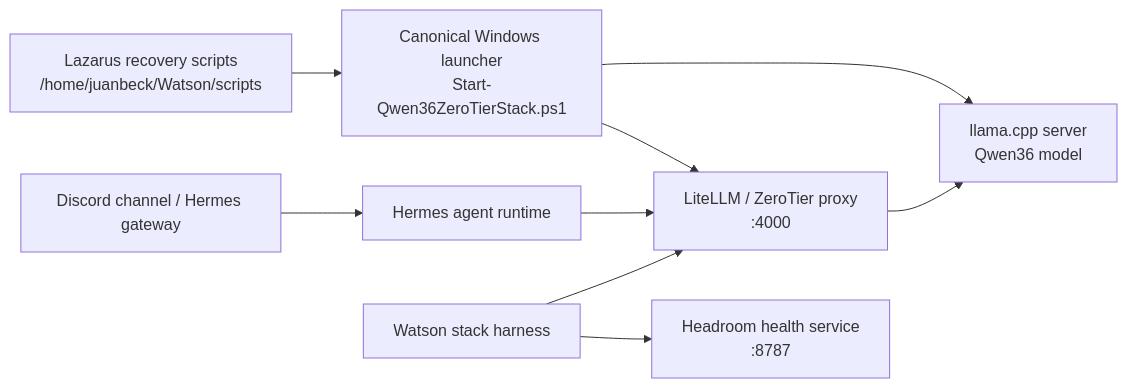
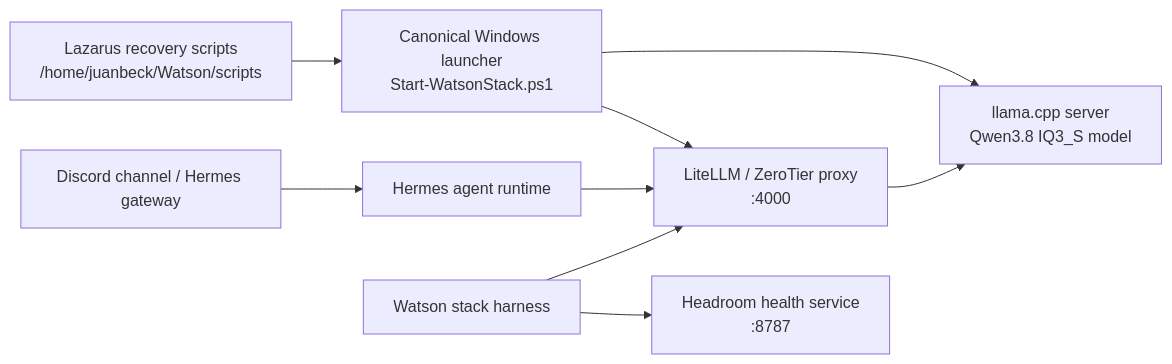
One commit to ieverythng/zerotier-llm-proxy changed the diagram in docs/architecture/watson-stack-architecture-2026-06-25.md. Above: the diagram before and after it, drawn with Mermaid. The commit also changed other lines of this file and 199 other files, not shown here.

````diff
--- a/docs/architecture/watson-stack-architecture-2026-06-25.md
+++ b/docs/architecture/watson-stack-architecture-2026-06-25.md
@@ -28,20 +28,20 @@
 ```mermaid
 flowchart LR
     Discord["Discord channel / Hermes gateway"]
     Hermes["Hermes agent runtime"]
     Lazarus["Lazarus recovery scripts<br/>/home/juanbeck/Watson/scripts"]
-    Launcher["Canonical Windows launcher<br/>Start-Qwen36ZeroTierStack.ps1"]
+    Launcher["Canonical Windows launcher<br/>Start-WatsonStack.ps1"]
     LiteLLM["LiteLLM / ZeroTier proxy<br/>:4000"]
-    Llama["llama.cpp server<br/>Qwen36 model"]
+    Llama["llama.cpp server<br/>Qwen3.8 IQ3_S model"]
     Headroom["Headroom health service<br/>:8787"]
     Harness["Watson stack harness"]
 
     Discord --> Hermes
     Hermes --> LiteLLM
     Lazarus --> Launcher
     Launcher --> Llama
     Launcher --> LiteLLM
     LiteLLM --> Llama
     Harness --> LiteLLM
     Harness --> Headroom
 ```
````
